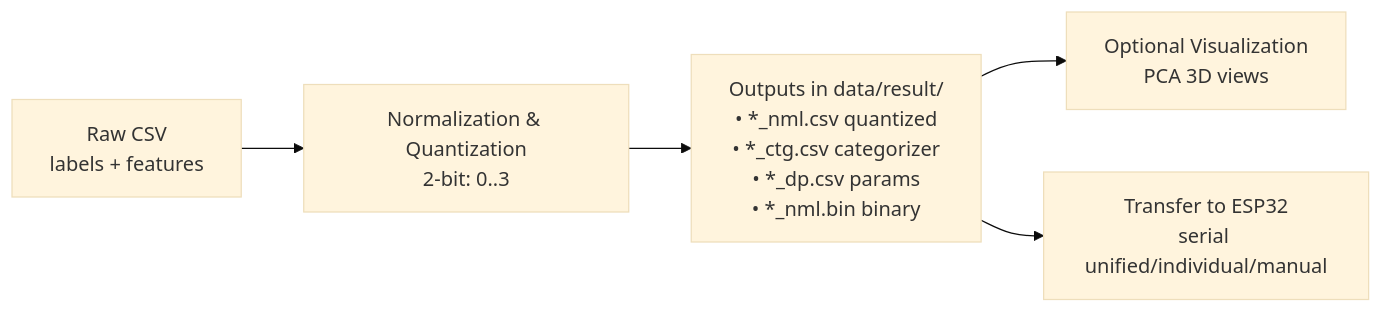
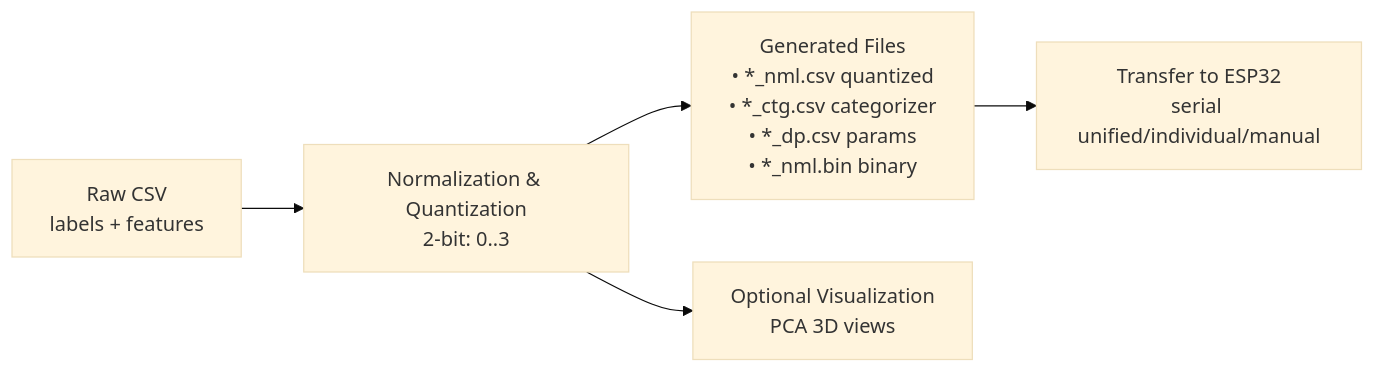
Before and after one commit to viettran-edgeAI/MCU: the first of 2 diagrams in tools/data_processing/README.md, drawn with Mermaid (base theme). The commit also changed other lines of this file, not shown here.

````diff
--- a/tools/data_processing/README.md
+++ b/tools/data_processing/README.md
@@ -17,7 +17,7 @@
 ```mermaid
 flowchart LR
   A["Raw CSV<br/>labels + features"] --> B["Normalization & Quantization<br/>2-bit: 0..3"]
-  B --> C["Outputs in data/result/<br/>• *_nml.csv quantized<br/>• *_ctg.csv categorizer<br/>• *_dp.csv params<br/>• *_nml.bin binary"]
-  C --> D["Optional Visualization<br/>PCA 3D views"]
+  B --> C["Generated Files<br/>• *_nml.csv quantized<br/>• *_ctg.csv categorizer<br/>• *_dp.csv params<br/>• *_nml.bin binary"]
+  B --> D["Optional Visualization<br/>PCA 3D views"]
   C --> E["Transfer to ESP32<br/>serial unified/individual/manual"]
 ```
````
